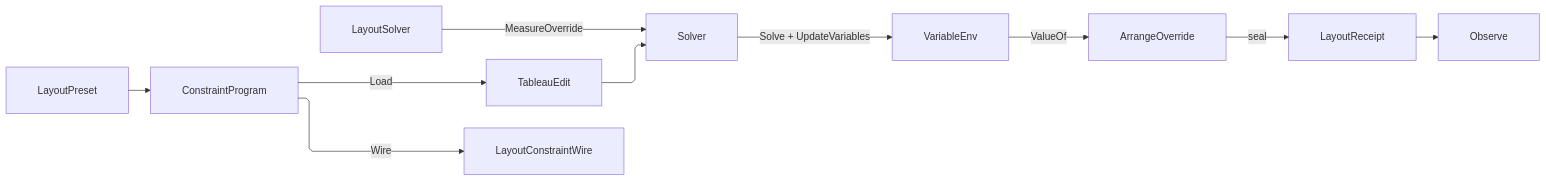
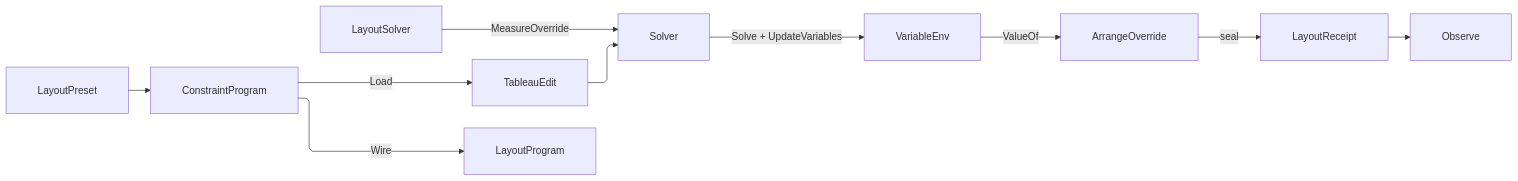
The diagram in libs/csharp/Rasm.AppUi/.planning/Shell/solver.md (bsamiee/Rasm), drawn with Mermaid before and after one commit. The commit also changed other lines of this file and 820 other files, not shown here.

````diff
--- a/libs/csharp/Rasm.AppUi/.planning/Shell/solver.md
+++ b/libs/csharp/Rasm.AppUi/.planning/Shell/solver.md
@@ -758,21 +763,21 @@
 ```mermaid
 ---
 config:
   layout: elk
   flowchart:
     curve: linear
     padding: 25
 ---
 flowchart LR
     accTitle: Constraint layout solve spine
     accDescr: A layout preset lowering into a constraint program the solver loads as a tableau delta, the variable environment resolving the values arrange reads, arrange sealing the pass receipt onto the evidence column, and the same program projecting the layout-constraint wire.
     LayoutPreset --> ConstraintProgram
     ConstraintProgram -->|Load| TableauEdit
     TableauEdit --> Solver
     LayoutSolver -->|MeasureOverride| Solver
     Solver -->|Solve + UpdateVariables| VariableEnv
     VariableEnv -->|ValueOf| ArrangeOverride
     ArrangeOverride -->|seal| LayoutReceipt
     LayoutReceipt --> Observe
-    ConstraintProgram -->|Wire| LayoutConstraintWire
+    ConstraintProgram -->|Wire| LayoutProgram
 ```
````
